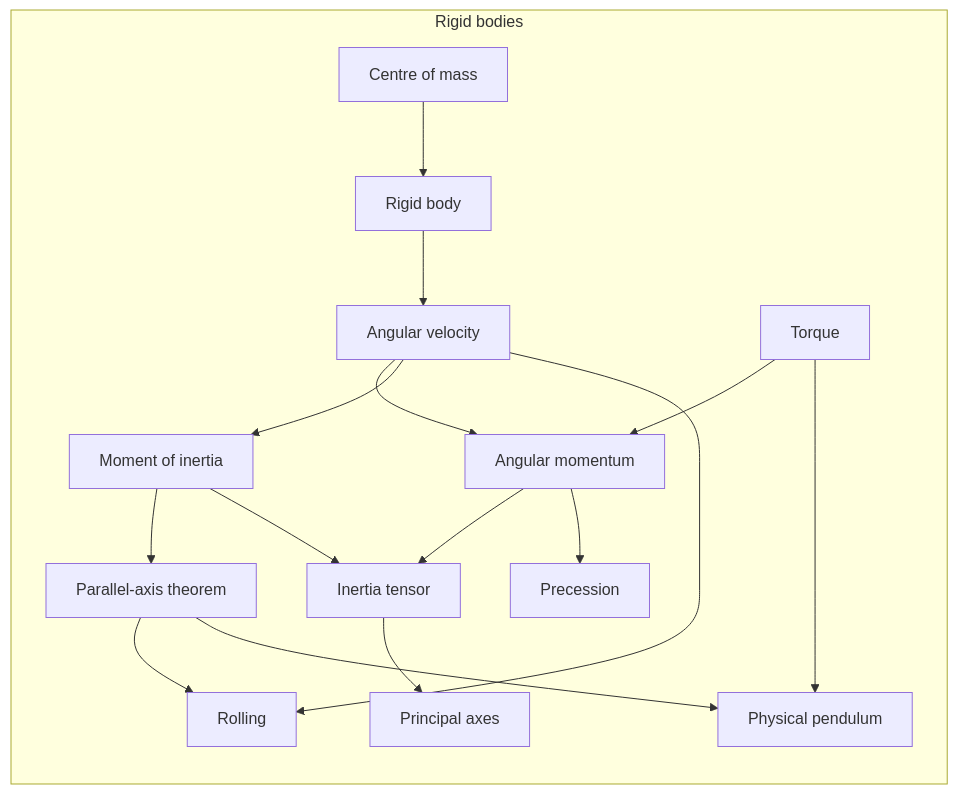
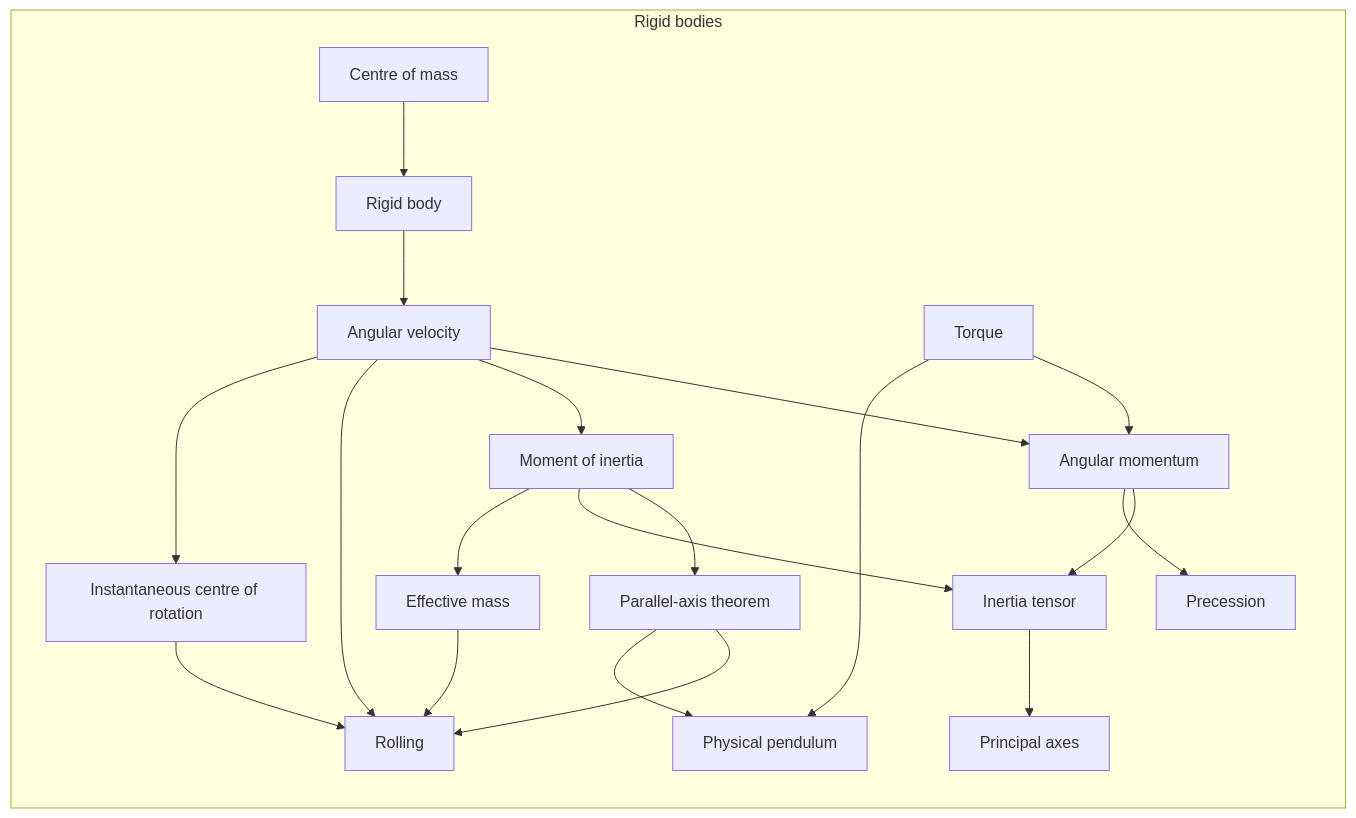
One commit to ren-ben/kaelearn changed the second of 3 diagrams in ATLAS.md. Above: the diagram before and after it, drawn with Mermaid. The commit also changed other lines of this file and 6 other files, not shown here.

````diff
--- a/ATLAS.md
+++ b/ATLAS.md
@@ -67,19 +67,23 @@
 ```mermaid
 flowchart LR
   subgraph RB[Rigid bodies]
     COM[Centre of mass] --> RBD[Rigid body]
     RBD --> AV[Angular velocity]
     TQ[Torque] --> AM[Angular momentum]
     AV --> AM
     AV --> MI[Moment of inertia]
     MI --> PAT[Parallel-axis theorem]
     AM --> IT[Inertia tensor]
     MI --> IT
     IT --> PA[Principal axes]
     AV --> ROL[Rolling]
     PAT --> ROL
     PAT --> PP[Physical pendulum]
     TQ --> PP
     AM --> PRE[Precession]
+    AV --> IC[Instantaneous centre of rotation]
+    IC --> ROL
+    MI --> EM[Effective mass]
+    EM --> ROL
   end
 ```
````
